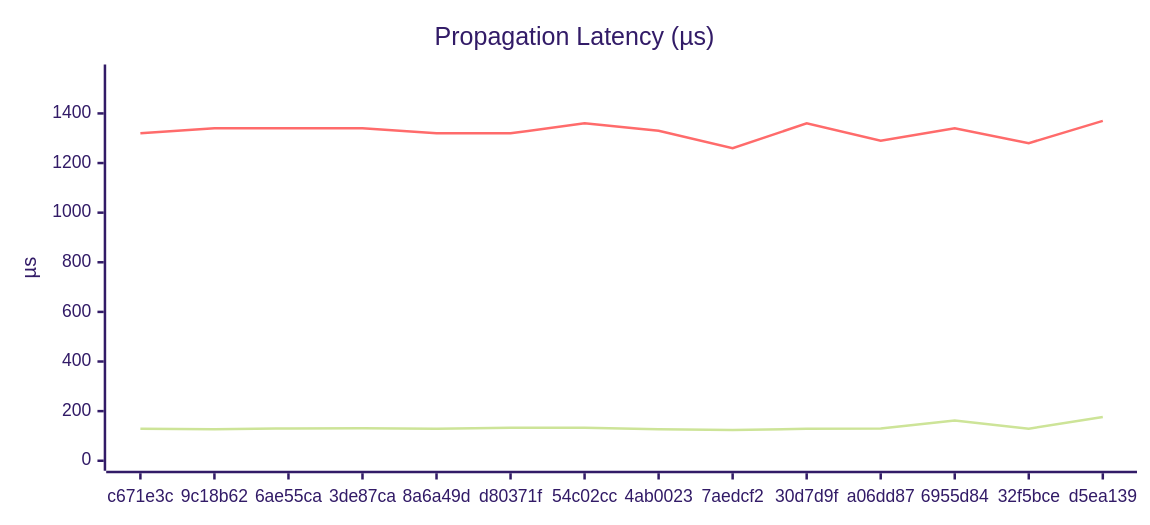
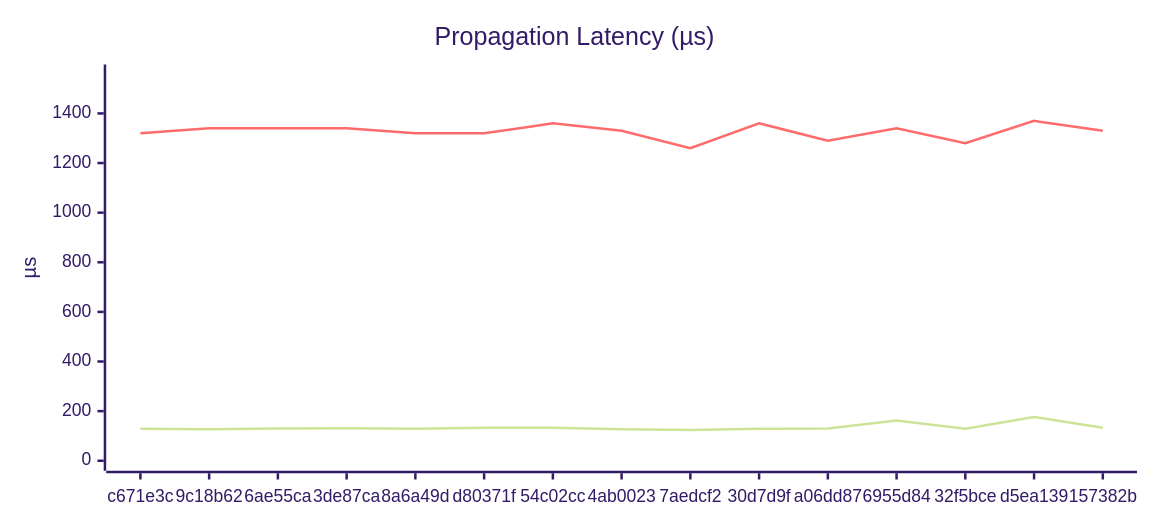
Before and after one commit to Ikolvi/titan: the third of 6 diagrams in docs/BENCHMARKS.md, drawn with Mermaid (forest theme). The commit also changed other lines of this file, not shown here.

````diff
--- a/docs/BENCHMARKS.md
+++ b/docs/BENCHMARKS.md
@@ -120,15 +125,15 @@
 ```mermaid
 ---
 config:
     xyChart:
         width: 900
         height: 400
         plotColorPalette: "#4e79a7, #f28e2c, #e15759, #76b7b2, #59a14f, #edc949"
 ---
 xychart-beta
     title "Propagation Latency (µs)"
-    x-axis ["c671e3c", "9c18b62", "6ae55ca", "3de87ca", "8a6a49d", "d80371f", "54c02cc", "4ab0023", "7aedcf2", "30d7d9f", "a06dd87", "6955d84", "32f5bce", "d5ea139"]
+    x-axis ["c671e3c", "9c18b62", "6ae55ca", "3de87ca", "8a6a49d", "d80371f", "54c02cc", "4ab0023", "7aedcf2", "30d7d9f", "a06dd87", "6955d84", "32f5bce", "d5ea139", "157382b"]
     y-axis "µs" 0.0 --> 1556.9
-    line [128.7, 127.4, 130.4, 130.7, 129.4, 133.4, 132.8, 127.0, 124.0, 128.9, 129.6, 162.4, 129.2, 176.7]
-    line [1320.0, 1340.0, 1340.0, 1340.0, 1320.0, 1320.0, 1360.0, 1330.0, 1260.0, 1360.0, 1290.0, 1340.0, 1280.0, 1370.0]
+    line [128.7, 127.4, 130.4, 130.7, 129.4, 133.4, 132.8, 127.0, 124.0, 128.9, 129.6, 162.4, 129.2, 176.7, 132.6]
+    line [1320.0, 1340.0, 1340.0, 1340.0, 1320.0, 1320.0, 1360.0, 1330.0, 1260.0, 1360.0, 1290.0, 1340.0, 1280.0, 1370.0, 1330.0]
 ```
````
